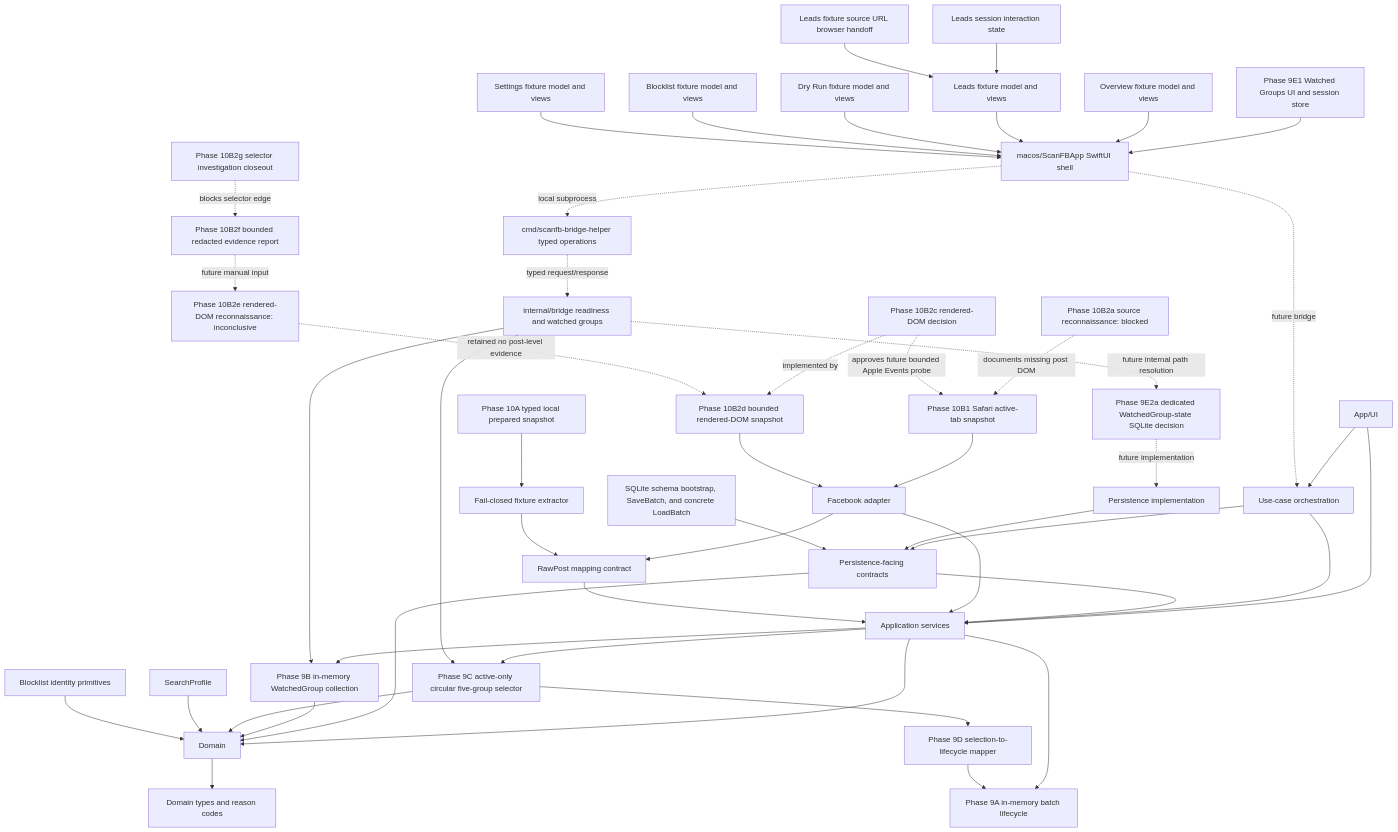
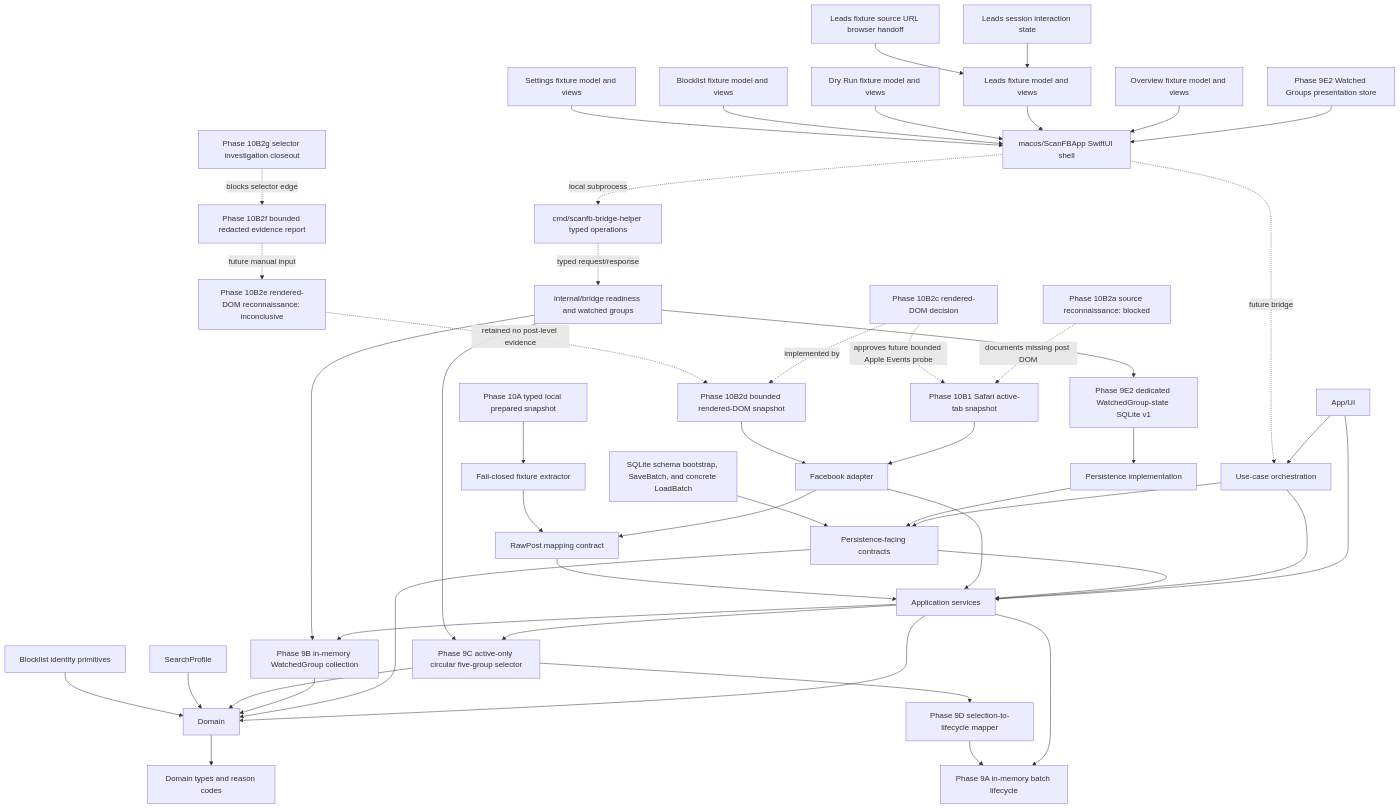
The diagram in docs/CODE_GRAPH.md (soleda2026/ScanFB), drawn with Mermaid before and after one commit. The commit also changed other lines of this file and 21 other files, not shown here.

Commit message:
feat(groups): persist watched group state

````diff
--- a/docs/CODE_GRAPH.md
+++ b/docs/CODE_GRAPH.md
@@ -7,51 +7,51 @@
 ```mermaid
 flowchart TD
     UI["App/UI"] --> APP["Application services"]
     UI --> ORCH["Use-case orchestration"]
     ORCH --> APP
     ORCH --> PERSIST_CONTRACT
     APP --> DOMAIN["Domain"]
     PERSIST_CONTRACT["Persistence-facing contracts"] --> APP
     PERSIST_CONTRACT --> DOMAIN
     PERSIST_IMPL["Persistence implementation"] --> PERSIST_CONTRACT
     SQLITE["SQLite schema bootstrap, SaveBatch, and concrete LoadBatch"] --> PERSIST_CONTRACT
-    WATCHED_STATE_DECISION["Phase 9E2a dedicated WatchedGroup-state SQLite decision"] -.future implementation.-> PERSIST_IMPL
+    WATCHED_STATE["Phase 9E2 dedicated WatchedGroup-state SQLite v1"] --> PERSIST_IMPL
     MACOS_APP["macos/ScanFBApp SwiftUI shell"] -.future bridge.-> ORCH
     BRIDGE_HELPER["cmd/scanfb-bridge-helper typed operations"] -.typed request/response.-> BRIDGE_CORE
     BRIDGE_CORE["internal/bridge readiness and watched groups"]
     MACOS_APP -.local subprocess.-> BRIDGE_HELPER
-    GROUPS_UI["Phase 9E1 Watched Groups UI and session store"] --> MACOS_APP
+    GROUPS_UI["Phase 9E2 Watched Groups presentation store"] --> MACOS_APP
     OVERVIEW_FIXTURE["Overview fixture model and views"] --> MACOS_APP
     LEADS_FIXTURE["Leads fixture model and views"] --> MACOS_APP
     LEADS_INTERACTION_STATE["Leads session interaction state"] --> LEADS_FIXTURE
     LEADS_BROWSER_HANDOFF["Leads fixture source URL browser handoff"] --> LEADS_FIXTURE
     DRYRUN_FIXTURE["Dry Run fixture model and views"] --> MACOS_APP
     BLOCKLIST_FIXTURE["Blocklist fixture model and views"] --> MACOS_APP
     SETTINGS_FIXTURE["Settings fixture model and views"] --> MACOS_APP
     FB["Facebook adapter"] --> APP
     FB --> RAW["RawPost mapping contract"]
     SAFARI_ACTIVE_TAB["Phase 10B1 Safari active-tab snapshot"] --> FB
     DOM_RECON["Phase 10B2a source reconnaissance: blocked"] -.documents missing post DOM.-> SAFARI_ACTIVE_TAB
     RENDERED_DOM_DECISION["Phase 10B2c rendered-DOM decision"] -.approves future bounded Apple Events probe.-> SAFARI_ACTIVE_TAB
     RENDERED_DOM["Phase 10B2d bounded rendered-DOM snapshot"] --> FB
     RENDERED_DOM_DECISION -.implemented by.-> RENDERED_DOM
     RENDERED_DOM_RECON["Phase 10B2e rendered-DOM reconnaissance: inconclusive"] -.retained no post-level evidence.-> RENDERED_DOM
     REDACTED_RECON_REPORT["Phase 10B2f bounded redacted evidence report"] -.future manual input.-> RENDERED_DOM_RECON
     RENDERED_DOM_CLOSEOUT["Phase 10B2g selector investigation closeout"] -.blocks selector edge.-> REDACTED_RECON_REPORT
     PREPARED_PAGE["Phase 10A typed local prepared snapshot"] --> PREPARED_EXTRACTOR["Fail-closed fixture extractor"]
     PREPARED_EXTRACTOR --> RAW
     RAW --> APP
     APP --> LIFECYCLE["Phase 9A in-memory batch lifecycle"]
     APP --> WATCHED_GROUPS["Phase 9B in-memory WatchedGroup collection"]
     WATCHED_GROUPS --> DOMAIN
     APP --> GROUP_SELECTOR["Phase 9C active-only circular five-group selector"]
     GROUP_SELECTOR --> DOMAIN
     BRIDGE_CORE --> WATCHED_GROUPS
     BRIDGE_CORE --> GROUP_SELECTOR
-    BRIDGE_CORE -.future internal path resolution.-> WATCHED_STATE_DECISION
+    BRIDGE_CORE --> WATCHED_STATE
     GROUP_SELECTOR --> LIFECYCLE_MAPPER["Phase 9D selection-to-lifecycle mapper"]
     LIFECYCLE_MAPPER --> LIFECYCLE
     PROFILE["SearchProfile"] --> DOMAIN
     DOMAIN --> TYPES["Domain types and reason codes"]
     BLOCKLIST["Blocklist identity primitives"] --> DOMAIN
 ```
````
